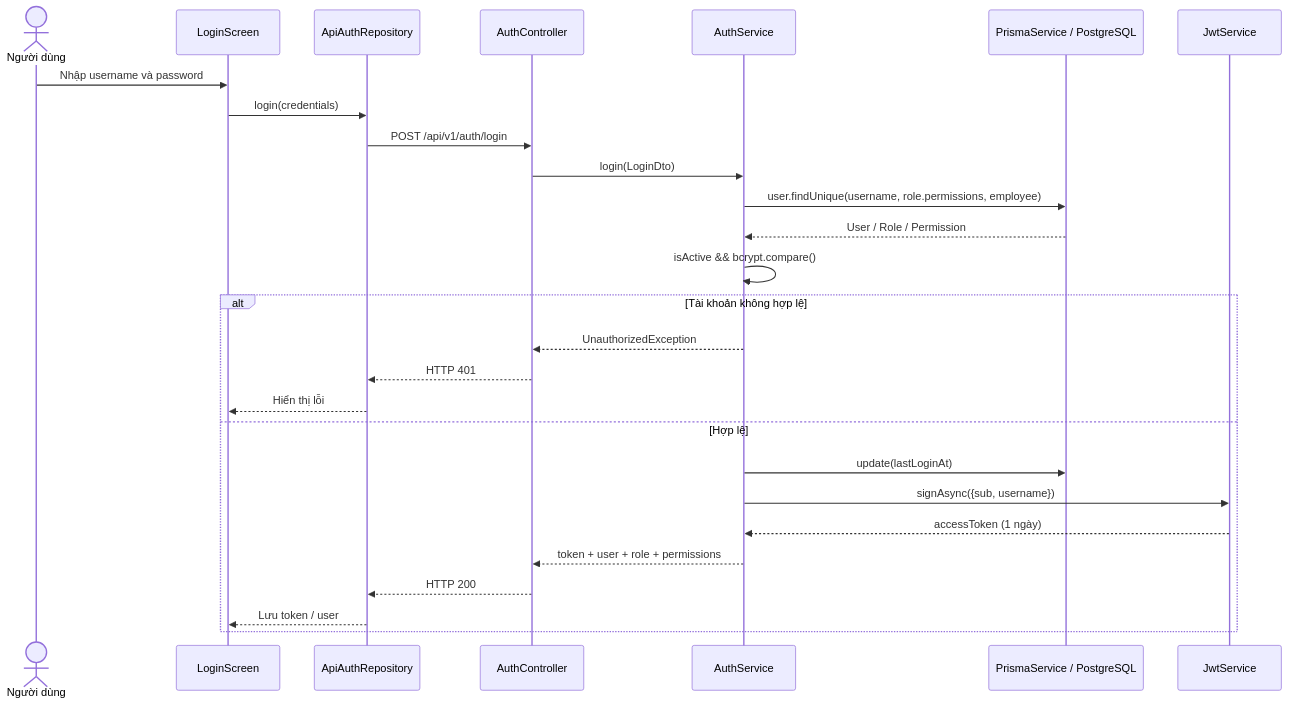
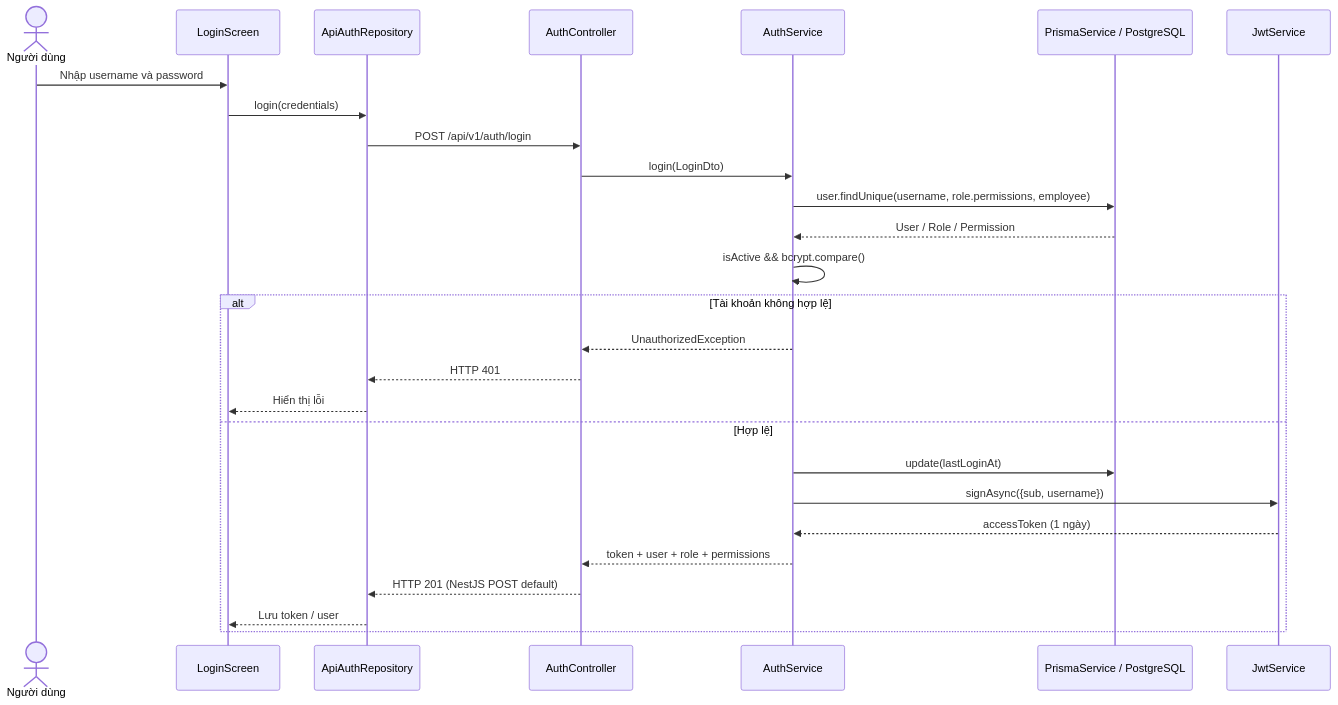
The diagram in docs/analysis/diagrams/sequence-login.mmd (NTMHuy/ResMan), drawn with Mermaid before and after one commit.

Commit message:
docs(diagrams): correct login POST response status

```diff
--- a/docs/analysis/diagrams/sequence-login.mmd
+++ b/docs/analysis/diagrams/sequence-login.mmd
@@ -1,27 +1,27 @@
 sequenceDiagram
   actor U as Người dùng
   participant UI as LoginScreen
   participant R as ApiAuthRepository
   participant C as AuthController
   participant S as AuthService
   participant DB as PrismaService / PostgreSQL
   participant JWT as JwtService
   U->>UI: Nhập username và password
   UI->>R: login(credentials)
   R->>C: POST /api/v1/auth/login
   C->>S: login(LoginDto)
   S->>DB: user.findUnique(username, role.permissions, employee)
   DB-->>S: User / Role / Permission
   S->>S: isActive && bcrypt.compare()
   alt Tài khoản không hợp lệ
     S-->>C: UnauthorizedException
     C-->>R: HTTP 401
     R-->>UI: Hiển thị lỗi
   else Hợp lệ
     S->>DB: update(lastLoginAt)
     S->>JWT: signAsync({sub, username})
     JWT-->>S: accessToken (1 ngày)
     S-->>C: token + user + role + permissions
-    C-->>R: HTTP 200
+    C-->>R: HTTP 201 (NestJS POST default)
     R-->>UI: Lưu token / user
   end
```
